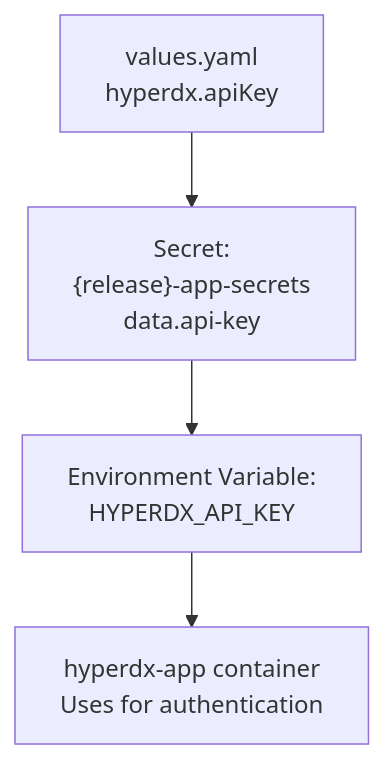
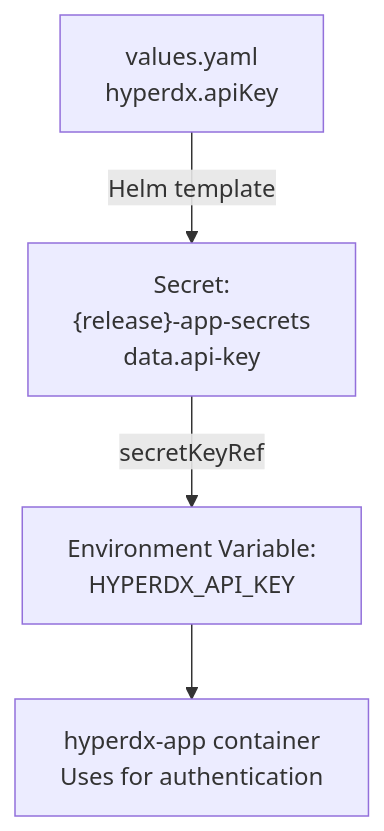
Before and after one commit to openchoreo/openchoreo: the second of 5 diagrams in docs/hyperdxio-helm-charts-docs/Security-Configuration.md, drawn with Mermaid. The commit also changed other lines of this file and 85 other files, not shown here.

Commit message:
feat: Add new workflow and specification templates, update Helm chart dependencies, and clarify documentation diagrams.

````diff
--- a/docs/hyperdxio-helm-charts-docs/Security-Configuration.md
+++ b/docs/hyperdxio-helm-charts-docs/Security-Configuration.md
@@ -86,12 +86,12 @@
 ```mermaid
 flowchart TD
 
 ValuesYAML["values.yaml<br>hyperdx.apiKey"]
 SecretResource["Secret:<br>{release}-app-secrets<br>data.api-key"]
 EnvVar["Environment Variable:<br>HYPERDX_API_KEY"]
 AppContainer["hyperdx-app container<br>Uses for authentication"]
 
-ValuesYAML --> SecretResource
-SecretResource --> EnvVar
+ValuesYAML -->|"Helm template"| SecretResource
+SecretResource -->|"secretKeyRef"| EnvVar
 EnvVar --> AppContainer
 ```
````
